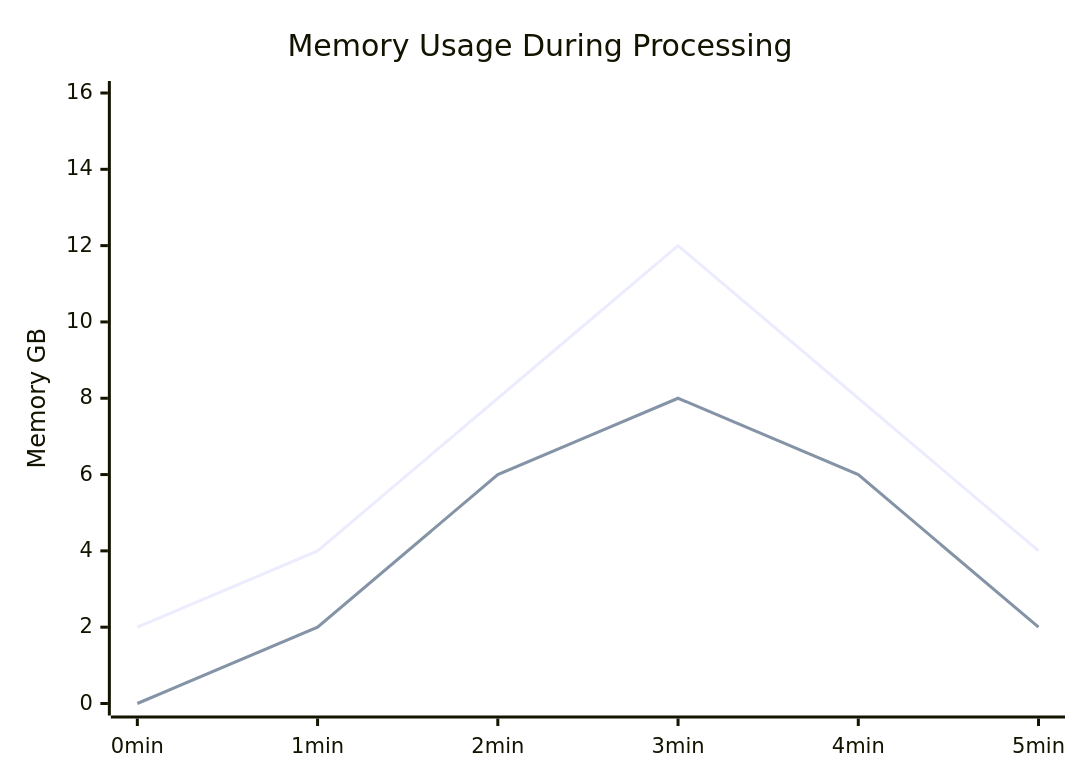
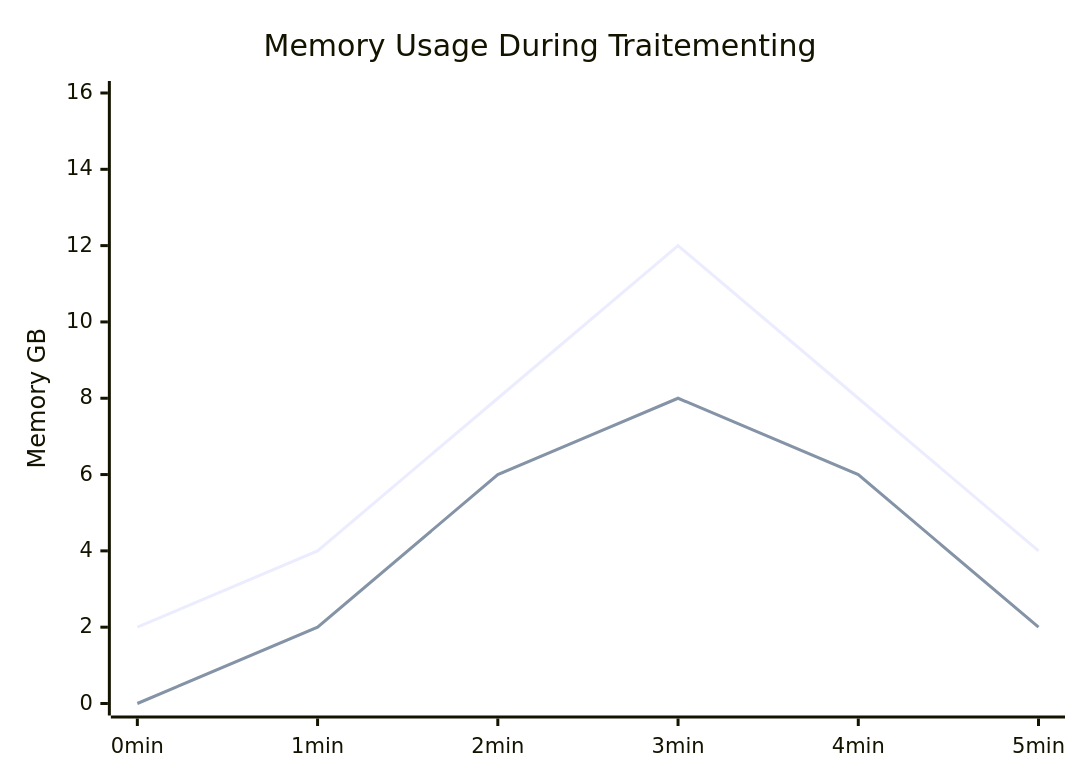
The fourth of 12 diagrams in website/i18n/fr/docusaurus-plugin-content-docs/current/mermaid-reference.md (sducournau/IGN_LIDAR_HD_DATASET), drawn with Mermaid before and after one commit. The commit also changed other lines of this file and 42 other files, not shown here.

````diff
--- a/website/i18n/fr/docusaurus-plugin-content-docs/current/mermaid-reference.md
+++ b/website/i18n/fr/docusaurus-plugin-content-docs/current/mermaid-reference.md
@@ -82,8 +74,8 @@
 ```mermaid
 xychart-beta
-    title "Memory Usage During Processing"
+    title "Memory Usage During Traitementing"
     x-axis [0min, 1min, 2min, 3min, 4min, 5min]
     y-axis "Memory GB" 0 --> 16
     line "RAM Usage" [2, 4, 8, 12, 8, 4]
     line "GPU Memory" [0, 2, 6, 8, 6, 2]
 ```
````
